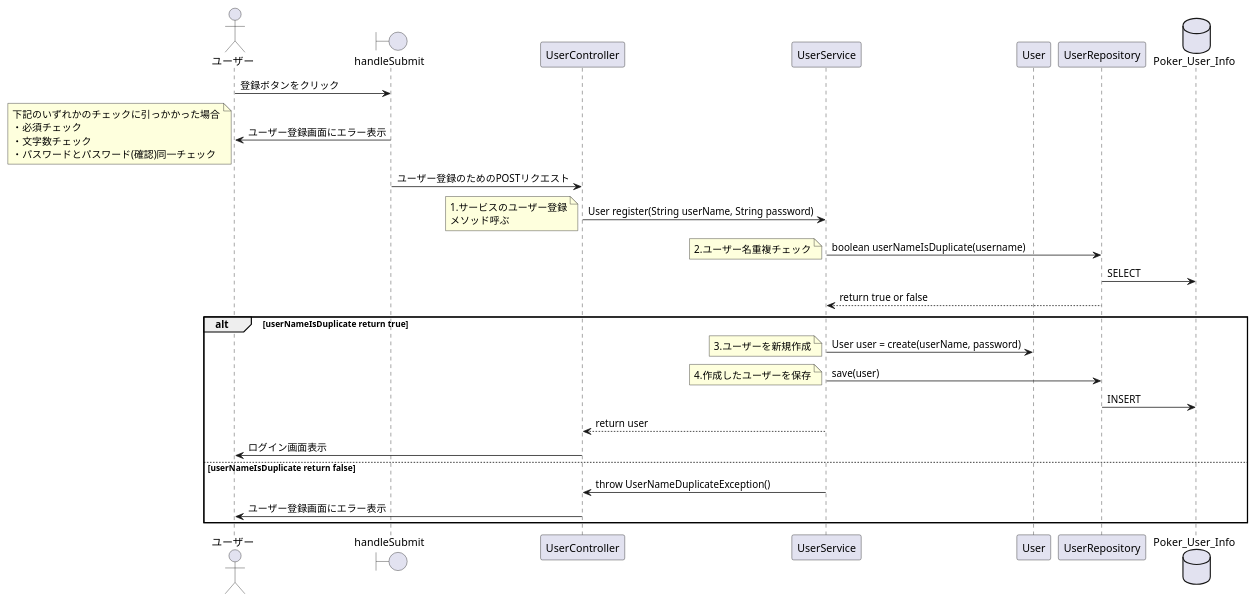
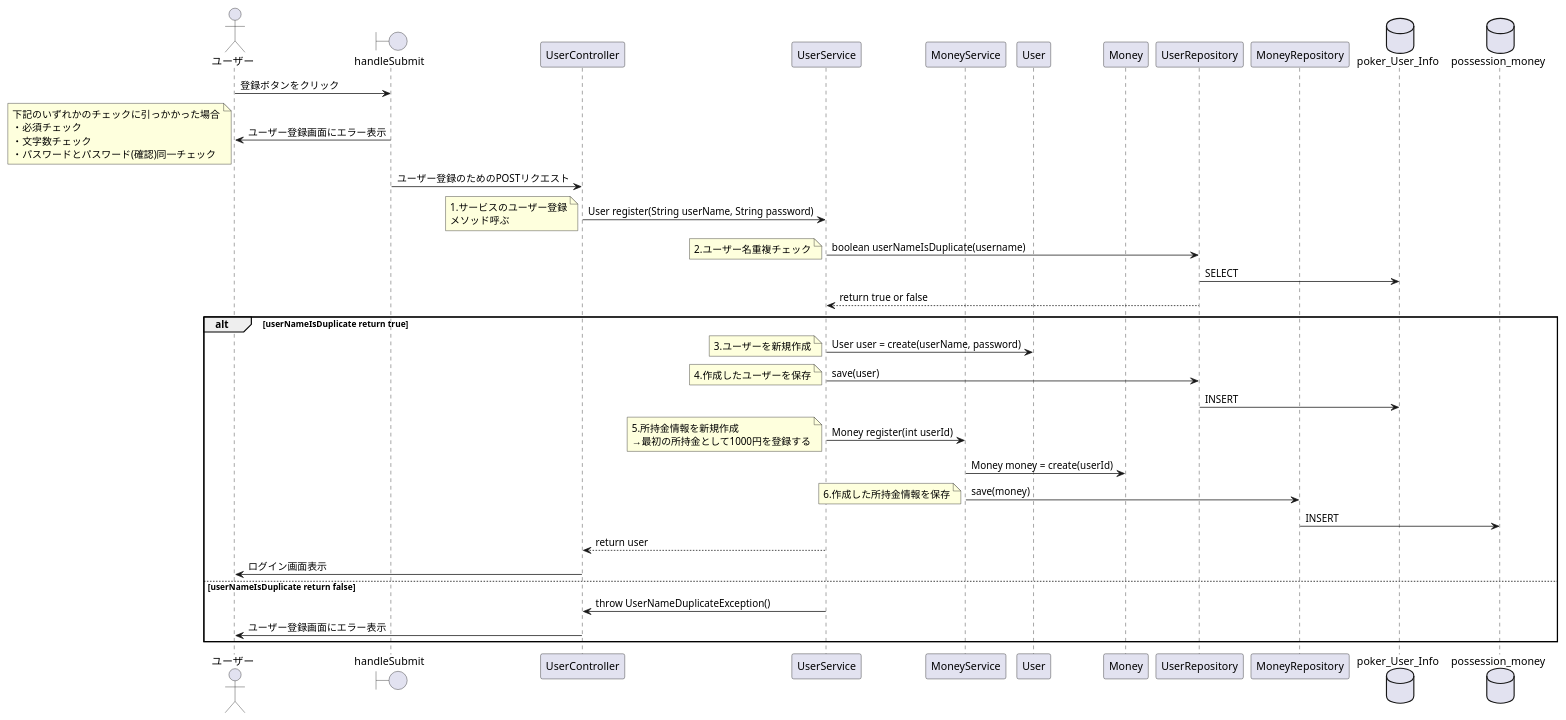
One commit to CSTSCSTS/UserAp changed the diagram in docs/詳細設計/シーケンス図/ユーザー登録/ユーザー登録する(シーケンス図).puml. Above: the diagram before and after it, drawn with PlantUML. The commit also changed 3 other files, not shown here.

Commit message:
ユーザー登録のユースケース・ロバストネス図・シーケンス図を作成

```diff
--- a/docs/詳細設計/シーケンス図/ユーザー登録/ユーザー登録する(シーケンス図).puml
+++ b/docs/詳細設計/シーケンス図/ユーザー登録/ユーザー登録する(シーケンス図).puml
@@ -1,35 +1,45 @@
 @startuml
 
 actor ユーザー
 
 boundary handleSubmit
 participant UserController
 participant UserService
+participant MoneyService
 participant User
+participant Money
 participant UserRepository
-database Poker_User_Info
+participant MoneyRepository
+database poker_User_Info
+database possession_money
 
 ユーザー -> handleSubmit : 登録ボタンをクリック
 handleSubmit -> ユーザー : ユーザー登録画面にエラー表示
 note left : 下記のいずれかのチェックに引っかかった場合\n・必須チェック\n・文字数チェック\n・パスワードとパスワード(確認)同一チェック
 handleSubmit -> UserController : ユーザー登録のためのPOSTリクエスト
 UserController -> UserService : User register(String userName, String password)
 note left: 1.サービスのユーザー登録\nメソッド呼ぶ
 UserService -> UserRepository : boolean userNameIsDuplicate(username)
 note left: 2.ユーザー名重複チェック
-UserRepository -> Poker_User_Info : SELECT
+UserRepository -> poker_User_Info : SELECT
 UserRepository --> UserService : return true or false
 alt userNameIsDuplicate return true
   UserService -> User : User user = create(userName, password)
   note left: 3.ユーザーを新規作成
   UserService -> UserRepository : save(user)
   note left: 4.作成したユーザーを保存
-  UserRepository -> Poker_User_Info : INSERT
+  UserRepository -> poker_User_Info : INSERT
+  UserService -> MoneyService : Money register(int userId)
+  note left: 5.所持金情報を新規作成\n→最初の所持金として1000円を登録する
+  MoneyService -> Money : Money money = create(userId)
+  MoneyService -> MoneyRepository : save(money)
+  note left: 6.作成した所持金情報を保存
+  MoneyRepository -> possession_money : INSERT
   UserService --> UserController : return user
   UserController -> ユーザー : ログイン画面表示
 else userNameIsDuplicate return false
   UserService -> UserController : throw UserNameDuplicateException()
   UserController -> ユーザー : ユーザー登録画面にエラー表示
 end
 
 @enduml
```
